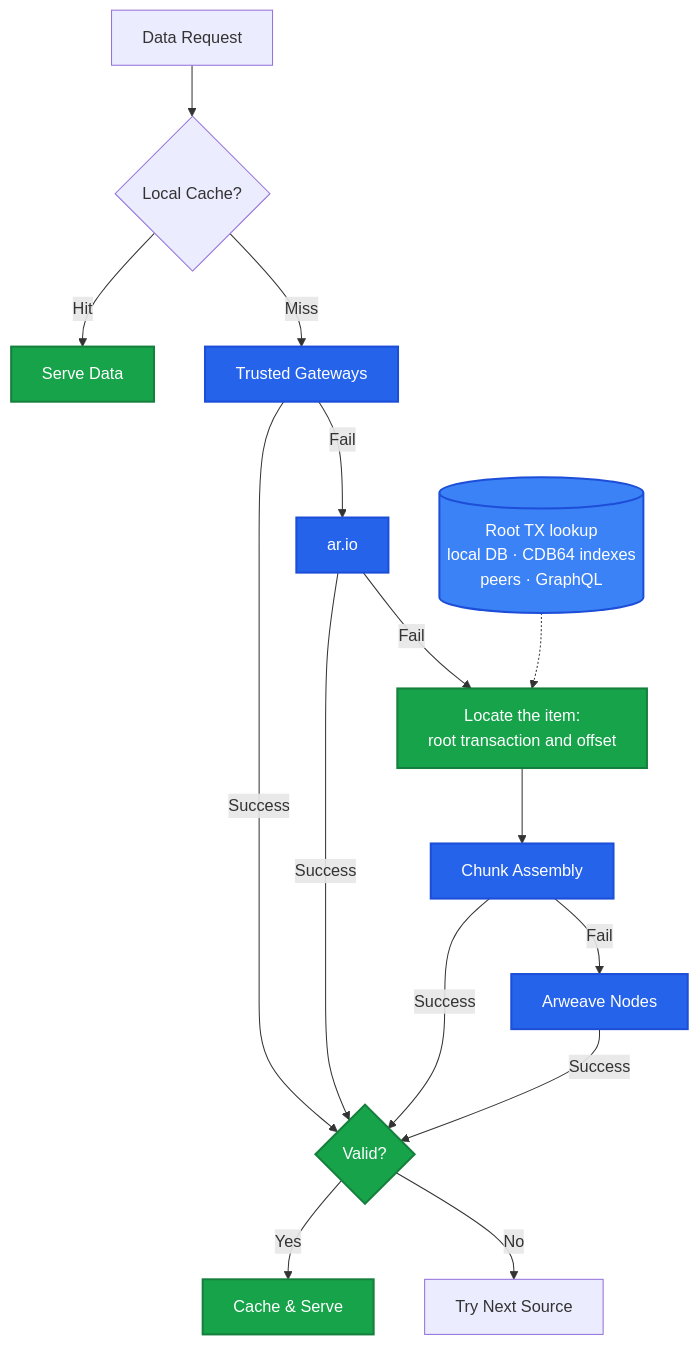
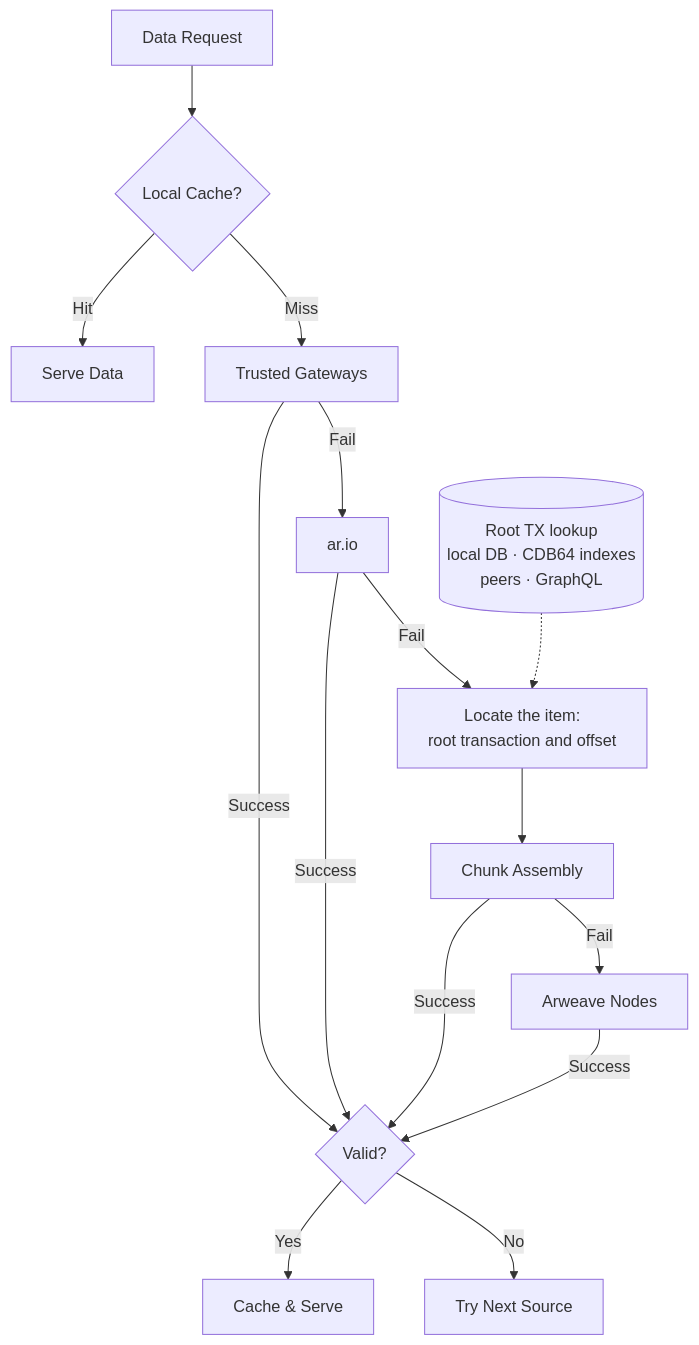
The first of 2 diagrams in content/learn/gateways/data-retrieval.mdx (ar-io/docs), drawn with Mermaid before and after one commit. The commit also changed other lines of this file and 9 other files, not shown here.

First line of the commit message:
feat(docs): legible, on-brand diagrams

````diff
--- a/content/learn/gateways/data-retrieval.mdx
+++ b/content/learn/gateways/data-retrieval.mdx
@@ -14,29 +14,26 @@
 ```mermaid
 graph TD
     REQUEST[Data Request] --> CACHE{Local Cache?}
     CACHE -->|Hit| SERVE[Serve Data]
     CACHE -->|Miss| TRUSTED[Trusted Gateways]
 
     TRUSTED -->|Fail| NETWORK[ar.io]
     NETWORK -->|Fail| LOCATE[Locate the item:<br/>root transaction and offset]
     LOCATE --> CHUNKS[Chunk Assembly]
     CHUNKS -->|Fail| ARWEAVE[Arweave Nodes]
 
     LOOKUP[(Root TX lookup<br/>local DB · CDB64 indexes<br/>peers · GraphQL)] -.-> LOCATE
 
     TRUSTED -->|Success| VALIDATE
     NETWORK -->|Success| VALIDATE
     CHUNKS -->|Success| VALIDATE
     ARWEAVE -->|Success| VALIDATE
 
     VALIDATE{Valid?} -->|Yes| STORE[Cache & Serve]
     VALIDATE -->|No| NEXT[Try Next Source]
 
-    classDef source fill:#2563eb,stroke:#1d4ed8,stroke-width:2px,color:#fff
-    classDef process fill:#16a34a,stroke:#15803d,stroke-width:2px,color:#fff
-    classDef database fill:#3b82f6,stroke:#1d4ed8,stroke-width:2px,color:#fff
 
-    class TRUSTED,NETWORK,CHUNKS,ARWEAVE source
-    class VALIDATE,SERVE,STORE,LOCATE process
-    class LOOKUP database
+    class TRUSTED,NETWORK,CHUNKS,ARWEAVE dg-soft
+    class VALIDATE,SERVE,STORE,LOCATE dg-strong
+    class LOOKUP dg-soft
 ```
````
